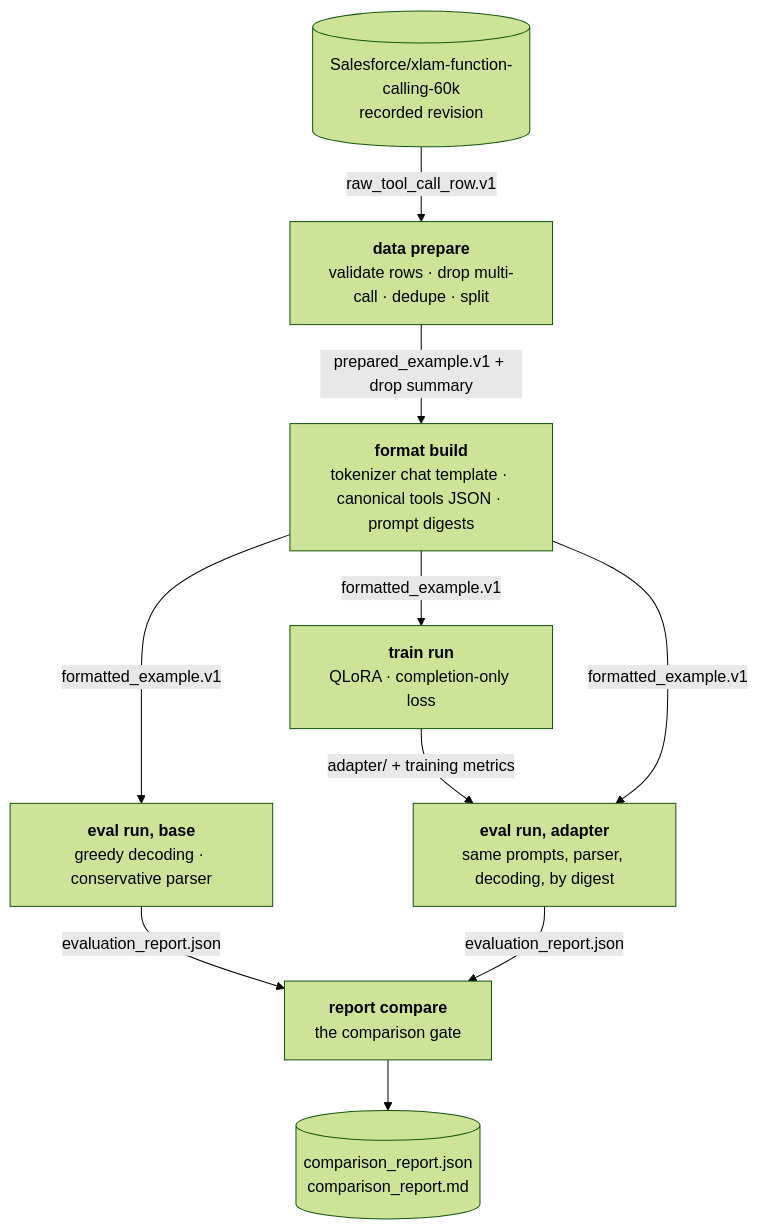
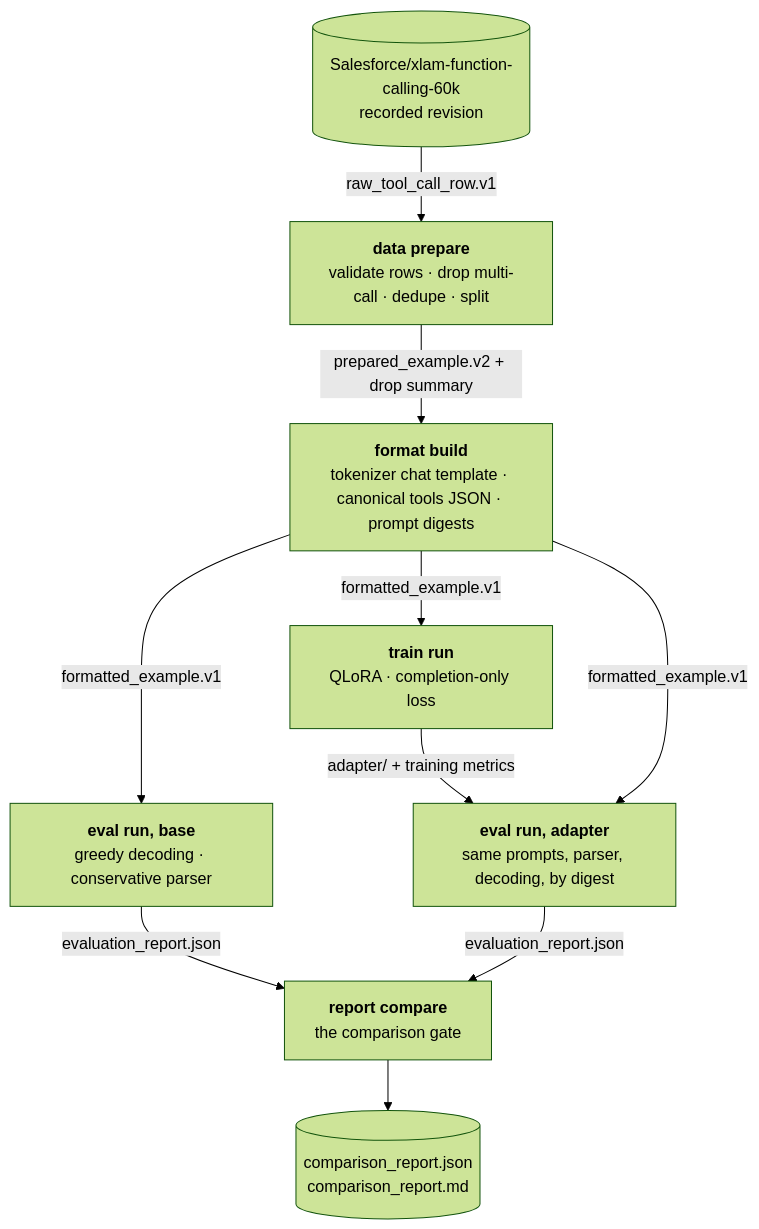
The diagram in docs/concepts/pipeline.md (AbdelStark/sommelier), drawn with Mermaid (forest theme) before and after one commit. The commit also changed 19 other files, not shown here.

````diff
--- a/docs/concepts/pipeline.md
+++ b/docs/concepts/pipeline.md
@@ -7,19 +7,19 @@
 ```mermaid
 flowchart TB
     raw[("Salesforce/xlam-function-calling-60k<br>recorded revision")]
     raw -->|raw_tool_call_row.v1| P1
     P1["<b>data prepare</b><br>validate rows · drop multi-call · dedupe · split"]
-    P1 -->|prepared_example.v1 + drop summary| P2
+    P1 -->|prepared_example.v2 + drop summary| P2
     P2["<b>format build</b><br>tokenizer chat template · canonical tools JSON · prompt digests"]
     P2 -->|formatted_example.v1| E1
     P2 -->|formatted_example.v1| T
     E1["<b>eval run, base</b><br>greedy decoding · conservative parser"]
     T["<b>train run</b><br>QLoRA · completion-only loss"]
     T -->|adapter/ + training metrics| E2
     P2 -->|formatted_example.v1| E2
     E2["<b>eval run, adapter</b><br>same prompts, parser, decoding, by digest"]
     E1 -->|evaluation_report.json| R
     E2 -->|evaluation_report.json| R
     R["<b>report compare</b><br>the comparison gate"]
     R --> OUT[("comparison_report.json<br>comparison_report.md")]
 ```
````
